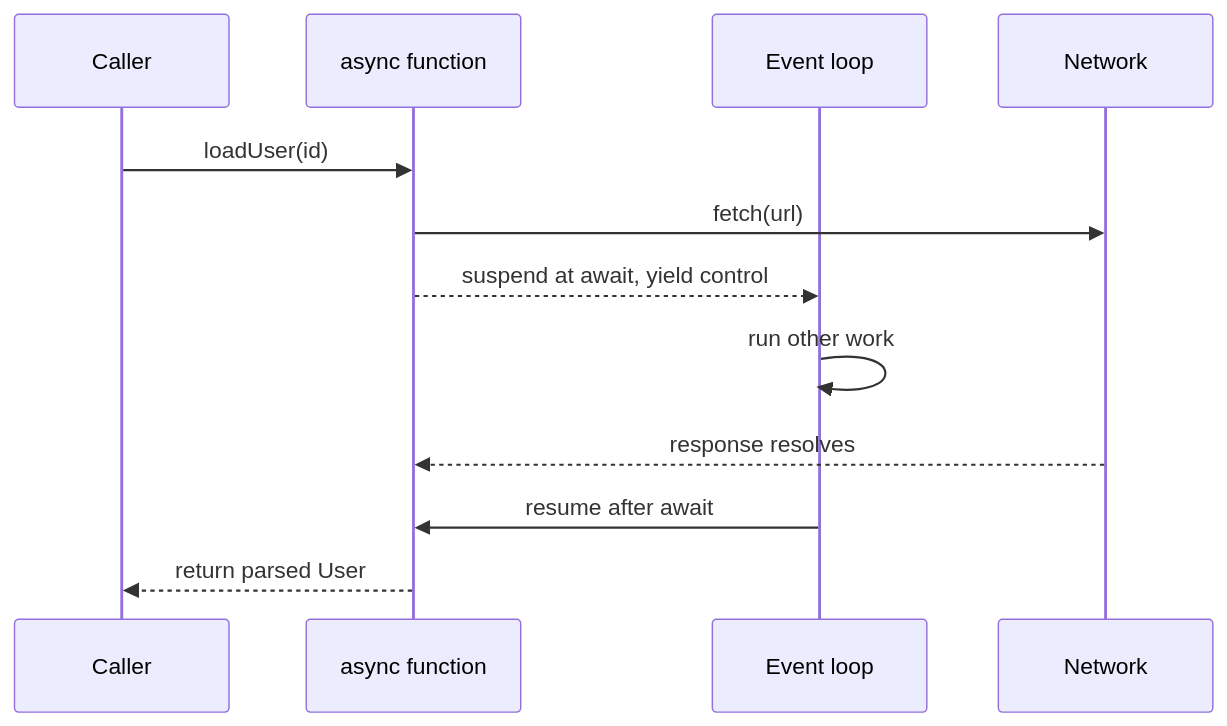
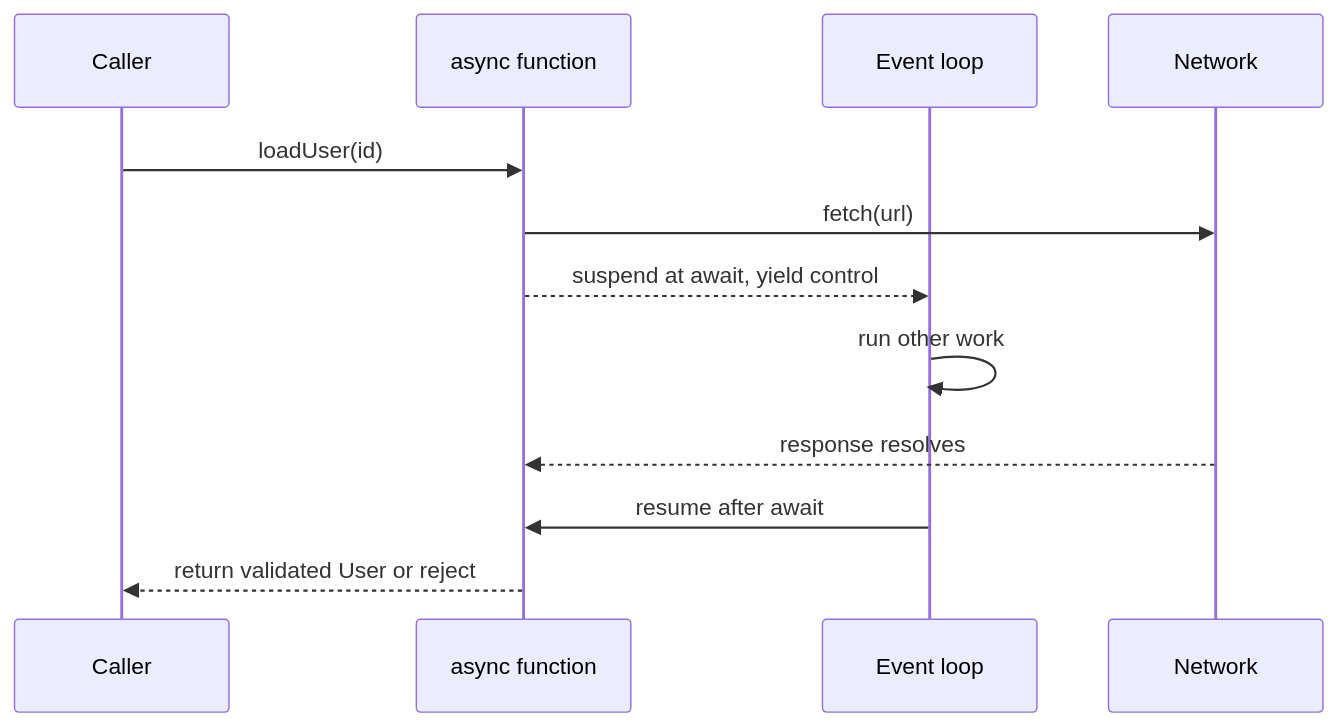
The diagram in docs/programming/languages/javascript-typescript.md (DonalGeraghty/study-repository), drawn with Mermaid before and after one commit. The commit also changed other lines of this file and 58 other files, not shown here.

````diff
--- a/docs/programming/languages/javascript-typescript.md
+++ b/docs/programming/languages/javascript-typescript.md
@@ -63,14 +63,14 @@
 ```mermaid
 sequenceDiagram
     participant Caller
     participant Fn as async function
     participant EL as Event loop
     participant Net as Network
     Caller->>Fn: loadUser(id)
     Fn->>Net: fetch(url)
     Fn-->>EL: suspend at await, yield control
     EL->>EL: run other work
     Net-->>Fn: response resolves
     EL->>Fn: resume after await
-    Fn-->>Caller: return parsed User
+    Fn-->>Caller: return validated User or reject
 ```
````
